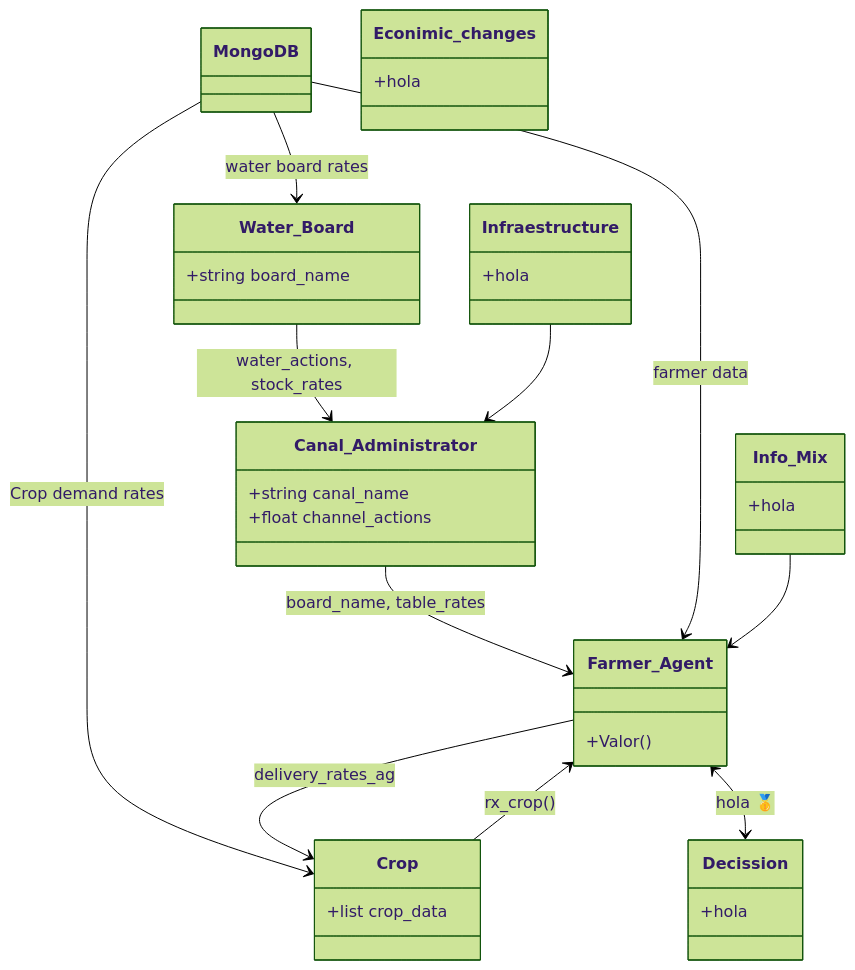
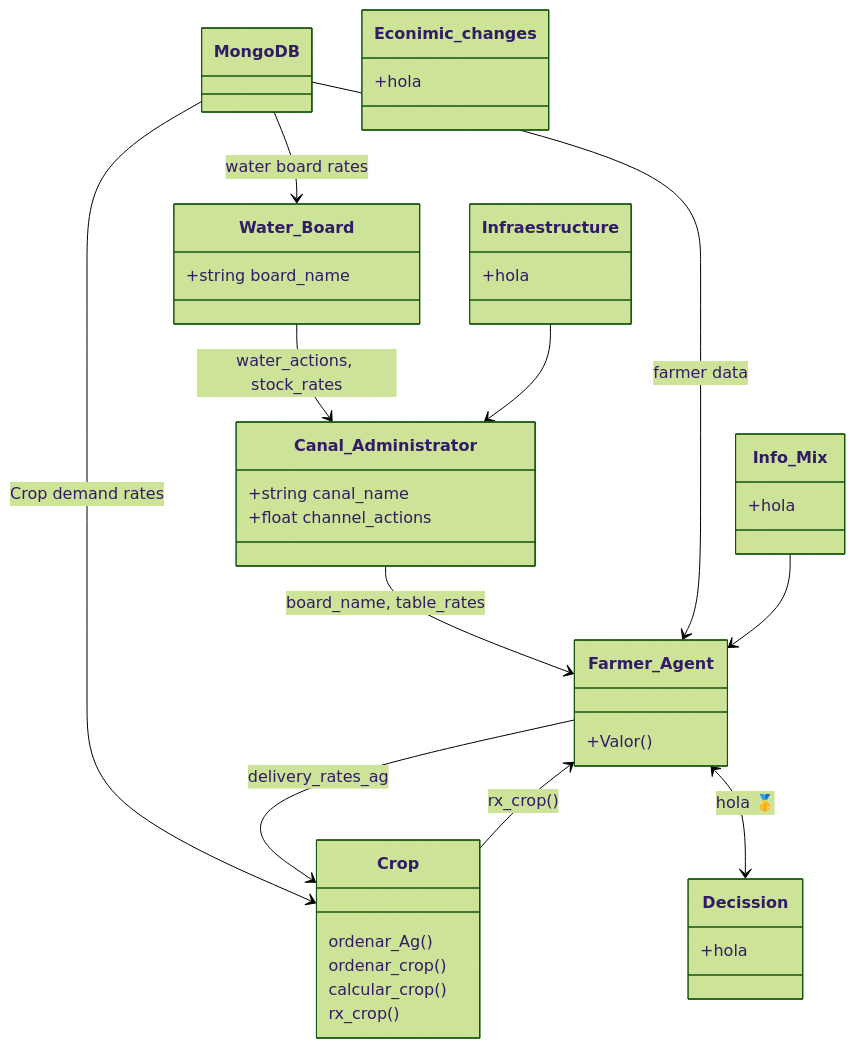
One commit to Pablov81/Agrotopia changed the diagram in README.md. Above: the diagram before and after it, drawn with Mermaid (forest theme).

````diff
--- a/README.md
+++ b/README.md
@@ -46,49 +46,52 @@
 ```mermaid
 classDiagram
     class MongoDB {
     }
 
     class Water_Board {
         +string board_name
     }
 
     class Canal_Administrator{
         +string canal_name
         +float channel_actions
     }
 
     class Farmer_Agent {
         +Valor()
     }
 
     class Crop {
-        +list crop_data
+        ordenar_Ag()
+        ordenar_crop()
+        calcular_crop()
+        rx_crop()
     }
 
     class Decission {
         +hola
     }
 
     class Info_Mix {
         +hola
     }
 
     class Infraestructure {
         +hola
     }
 
     class Econimic_changes {
         +hola
     }
 
     Water_Board --> Canal_Administrator: water_actions, stock_rates
     Canal_Administrator --> Farmer_Agent: board_name, table_rates
     MongoDB --> Water_Board: water board rates
     MongoDB --> Farmer_Agent: farmer data
     MongoDB --> Crop: Crop demand rates
     Farmer_Agent --> Crop: delivery_rates_ag
     Farmer_Agent <--> Decission:hola 🥇
     Info_Mix-->Farmer_Agent
     Infraestructure-->Canal_Administrator
     Crop --> Farmer_Agent:rx_crop()
 ```
````
